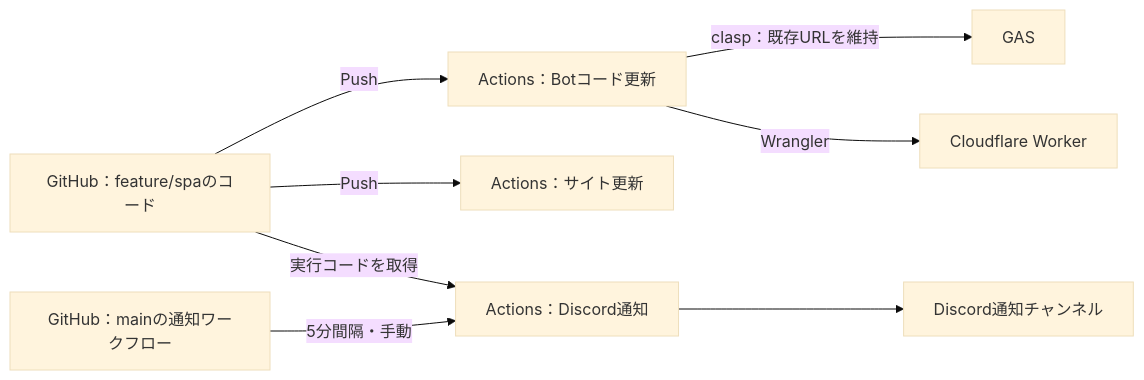
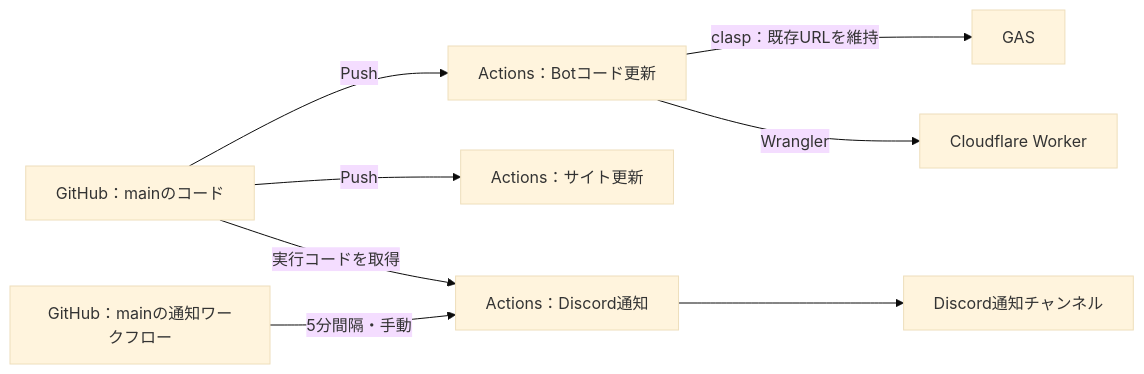
The second of 2 diagrams in docs/VRC-Band-DB-architecture.md (LyceeSerie/SerieIndustry), drawn with Mermaid (base theme) before and after one commit. The commit also changed other lines of this file and 17 other files, not shown here.

````diff
--- a/docs/VRC-Band-DB-architecture.md
+++ b/docs/VRC-Band-DB-architecture.md
@@ -68,10 +68,10 @@
 ```mermaid
 flowchart LR
-  Code[GitHub：feature/spaのコード] -->|Push| BotAction[Actions：Botコード更新]
+  Code[GitHub：mainのコード] -->|Push| BotAction[Actions：Botコード更新]
   BotAction -->|clasp：既存URLを維持| GAS[GAS]
   BotAction -->|Wrangler| Worker[Cloudflare Worker]
   Code -->|Push| SiteAction[Actions：サイト更新]
   Default[GitHub：mainの通知ワークフロー] -->|5分間隔・手動| Notify[Actions：Discord通知]
   Code -->|実行コードを取得| Notify
   Notify --> Discord[Discord通知チャンネル]
 ```
````
